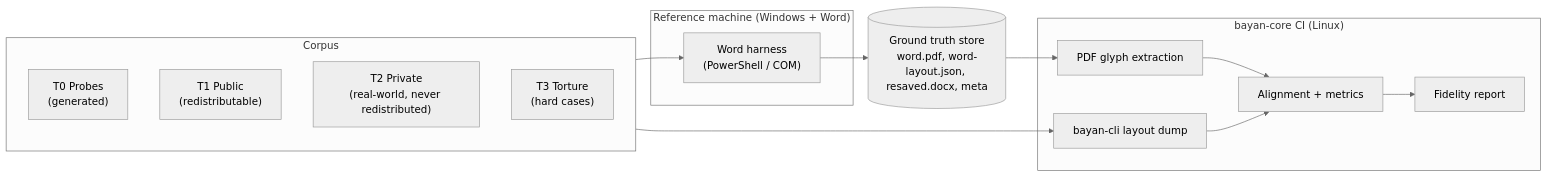
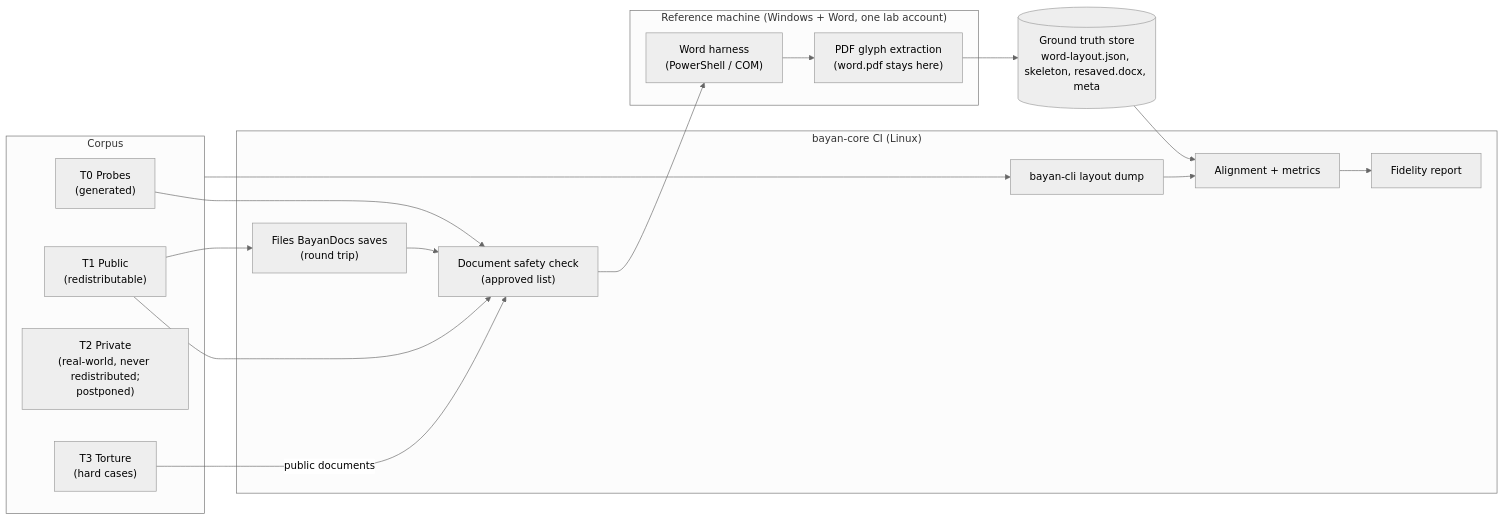
The diagram in specs/fidelity-lab.md (BayanDocs/docs), drawn with Mermaid (neutral theme) before and after one commit. The commit also changed other lines of this file and 10 other files, not shown here.

````diff
--- a/specs/fidelity-lab.md
+++ b/specs/fidelity-lab.md
@@ -20,21 +20,27 @@
 ```mermaid
 flowchart LR
   subgraph Corpus
     t0["T0 Probes<br/>(generated)"]
     t1["T1 Public<br/>(redistributable)"]
-    t2["T2 Private<br/>(real-world, never redistributed)"]
+    t2["T2 Private<br/>(real-world, never redistributed;<br/>postponed)"]
     t3["T3 Torture<br/>(hard cases)"]
   end
-  subgraph Ref["Reference machine (Windows + Word)"]
-    harness["Word harness<br/>(PowerShell / COM)"]
-  end
   subgraph CI["bayan-core CI (Linux)"]
+    saved["Files BayanDocs saves<br/>(round trip)"]
+    check["Document safety check<br/>(approved list)"]
     engine["bayan-cli layout dump"]
-    extract["PDF glyph extraction"]
     compare["Alignment + metrics"]
     report["Fidelity report"]
   end
-  Corpus --> harness --> gt[("Ground truth store<br/>word.pdf, word-layout.json, resaved.docx, meta")]
-  gt --> extract --> compare
+  subgraph Ref["Reference machine (Windows + Word, one lab account)"]
+    harness["Word harness<br/>(PowerShell / COM)"]
+    extract["PDF glyph extraction<br/>(word.pdf stays here)"]
+  end
+  t0 --> check
+  t1 --> check
+  t3 -- "public documents" --> check
+  t1 --> saved --> check
+  check --> harness --> extract --> gt[("Ground truth store<br/>word-layout.json, skeleton, resaved.docx, meta")]
+  gt --> compare
   Corpus --> engine --> compare --> report
 ```
````
